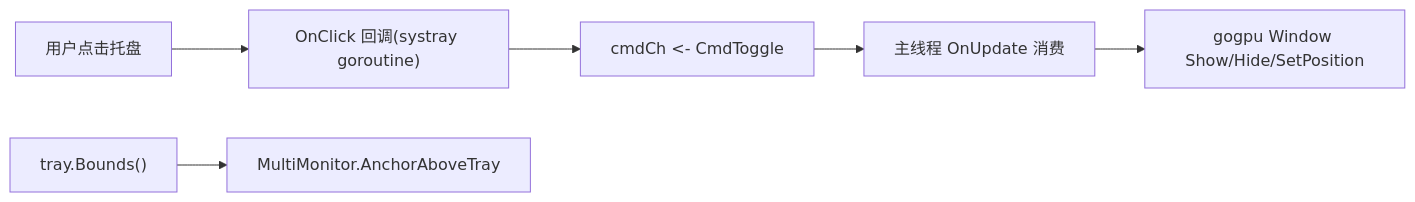
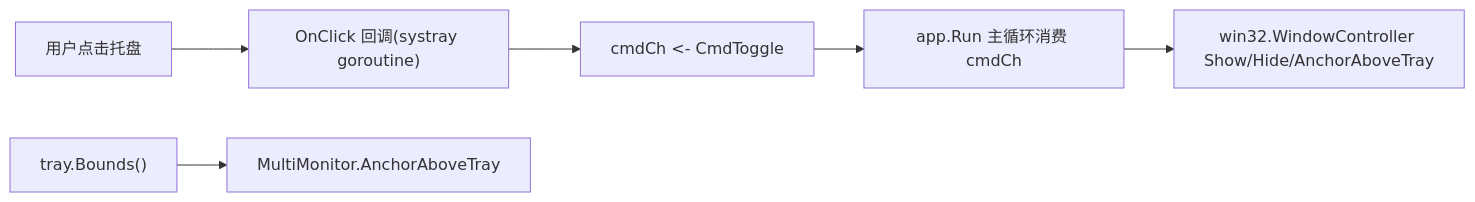
Before and after one commit to shaolei/DeskCalendar: the second of 4 diagrams in docs/20-Platform/Tray.md, drawn with Mermaid. The commit also changed other lines of this file and 25 other files, not shown here.

````diff
--- a/docs/20-Platform/Tray.md
+++ b/docs/20-Platform/Tray.md
@@ -48,8 +48,8 @@
 ```mermaid
 flowchart LR
     Click["用户点击托盘"] --> OC["OnClick 回调(systray goroutine)"]
     OC --> Ch["cmdCh <- CmdToggle"]
-    Ch --> Main["主线程 OnUpdate 消费"]
-    Main --> Win["gogpu Window Show/Hide/SetPosition"]
+    Ch --> Main["app.Run 主循环消费 cmdCh"]
+    Main --> Win["win32.WindowController Show/Hide/AnchorAboveTray"]
     Bounds["tray.Bounds()"] --> Anchor["MultiMonitor.AnchorAboveTray"]
 ```
````
